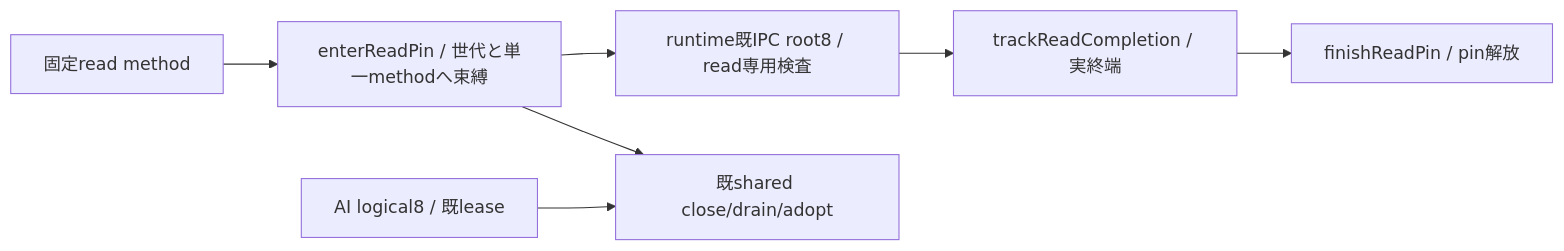
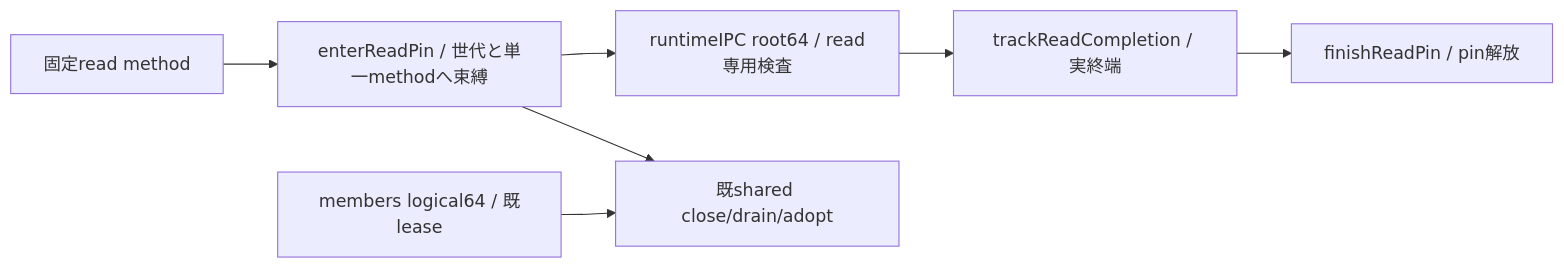
Before and after one commit to kitepon/BellTeam: the second of 2 diagrams in docs/architecture/modules/execution/members-admission.md, drawn with Mermaid. The commit also changed other lines of this file and 18 other files, not shown here.

````diff
--- a/docs/architecture/modules/execution/members-admission.md
+++ b/docs/architecture/modules/execution/members-admission.md
@@ -30,9 +30,9 @@
 ```mermaid
 flowchart LR
   Read[固定read method] --> Pin[enterReadPin / 世代と単一methodへ束縛]
-  Pin --> IPC[runtime既IPC root8 / read専用検査]
+  Pin --> IPC[runtimeIPC root64 / read専用検査]
   IPC --> Complete[trackReadCompletion / 実終端]
   Complete --> Finish[finishReadPin / pin解放]
   Pin --> Drain[既shared close/drain/adopt]
-  AI[AI logical8 / 既lease] --> Drain
+  AI[members logical64 / 既lease] --> Drain
 ```
````
